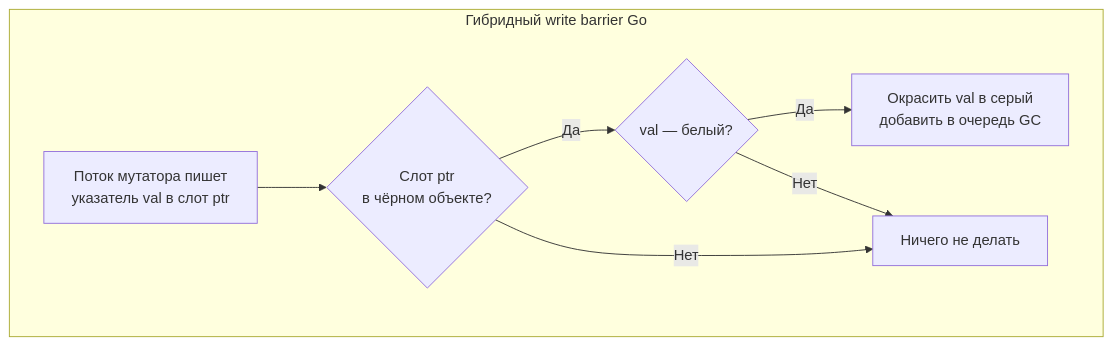
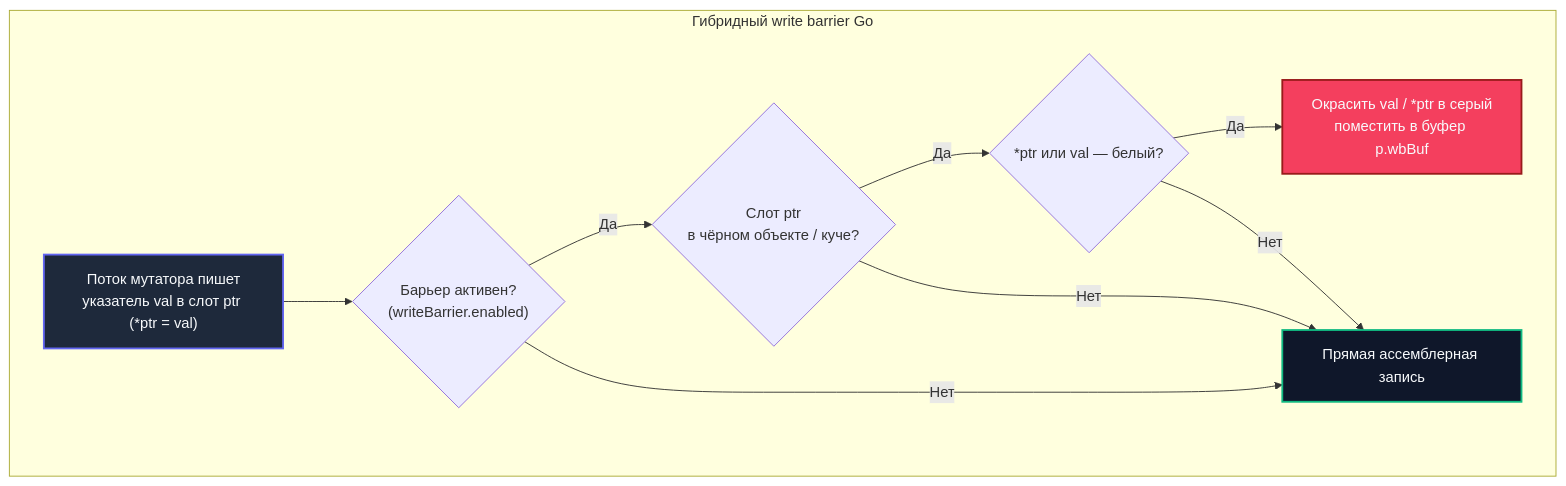
The second of 2 diagrams in sources/16. Профилирование, отладка и производительность/05. Garbage Collector/5. Write barriers.md (UnrealTemplier/go-textbook), drawn with Mermaid before and after one commit. The commit also changed other lines of this file, not shown here.

Commit message:
feat(module-16): editorial rewrite of lecture 5 (Write barriers) in Subsection 05 in Kernighan style

````diff
--- a/sources/16. Профилирование, отладка и производительность/05. Garbage Collector/5. Write barriers.md
+++ b/sources/16. Профилирование, отладка и производительность/05. Garbage Collector/5. Write barriers.md
@@ -52,10 +73,16 @@
 ```mermaid
 flowchart TD
     subgraph "Гибридный write barrier Go"
-        A["Поток мутатора пишет<br>указатель val в слот ptr"] --> CheckBlack{"Слот ptr<br>в чёрном объекте?"}
-        CheckBlack -- "Да" --> CheckWhite{"val — белый?"}
-        CheckWhite -- "Да" --> MarkVal["Окрасить val в серый<br>добавить в очередь GC"]
-        CheckBlack -- "Нет" --> Done["Ничего не делать"]
+        A["Поток мутатора пишет<br>указатель val в слот ptr (*ptr = val)"] --> CheckEn{"Барьер активен?<br>(writeBarrier.enabled)"}
+        CheckEn -- "Да" --> CheckHeap{"Слот ptr<br>в чёрном объекте / куче?"}
+        CheckHeap -- "Да" --> CheckWhite{"*ptr или val — белый?"}
+        CheckWhite -- "Да" --> MarkVal["Окрасить val / *ptr в серый<br>поместить в буфер p.wbBuf"]
+        CheckEn -- "Нет" --> Done["Прямая ассемблерная запись"]
+        CheckHeap -- "Нет" --> Done
         CheckWhite -- "Нет" --> Done
     end
+
+    style A fill:#1e293b,stroke:#6366f1,stroke-width:2px,color:#f8fafc
+    style MarkVal fill:#f43f5e,stroke:#991b1b,stroke-width:2px,color:#f8fafc
+    style Done fill:#0f172a,stroke:#10b981,stroke-width:2px,color:#f8fafc
 ```
````
